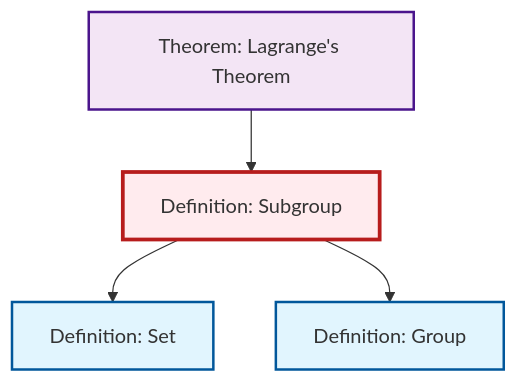
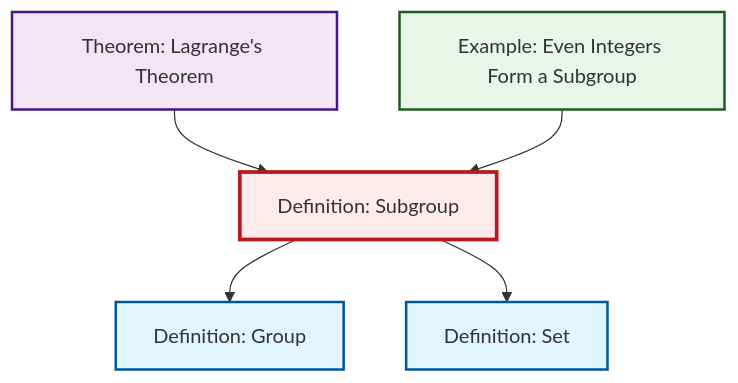
The diagram in output/mermaid/def-subgroup.mermaid (RK0429/ModernMath), drawn with Mermaid before and after one commit. The commit also changed 84 other files, not shown here.

````diff
--- a/output/mermaid/def-subgroup.mermaid
+++ b/output/mermaid/def-subgroup.mermaid
@@ -1,17 +1,19 @@
 ```{mermaid}
 %%| fig-cap: "Local dependency graph"
 graph TD
     classDef definition fill:#e1f5fe,stroke:#01579b,stroke-width:2px
     classDef theorem fill:#f3e5f5,stroke:#4a148c,stroke-width:2px
     classDef axiom fill:#fff3e0,stroke:#e65100,stroke-width:2px
     classDef example fill:#e8f5e9,stroke:#1b5e20,stroke-width:2px
     classDef current fill:#ffebee,stroke:#b71c1c,stroke-width:3px
+    ex-even-integers-subgroup["Example: Even Integers Form a Subgroup"]:::example
+    thm-lagrange["Theorem: Lagrange's Theorem"]:::theorem
+    def-set["Definition: Set"]:::definition
     def-subgroup["Definition: Subgroup"]:::definition
-    thm-lagrange["Theorem: Lagrange's Theorem"]:::theorem
     def-group["Definition: Group"]:::definition
-    def-set["Definition: Set"]:::definition
     thm-lagrange --> def-subgroup
+    def-subgroup --> def-group
+    ex-even-integers-subgroup --> def-subgroup
     def-subgroup --> def-set
-    def-subgroup --> def-group
     class def-subgroup current
 ```
````
